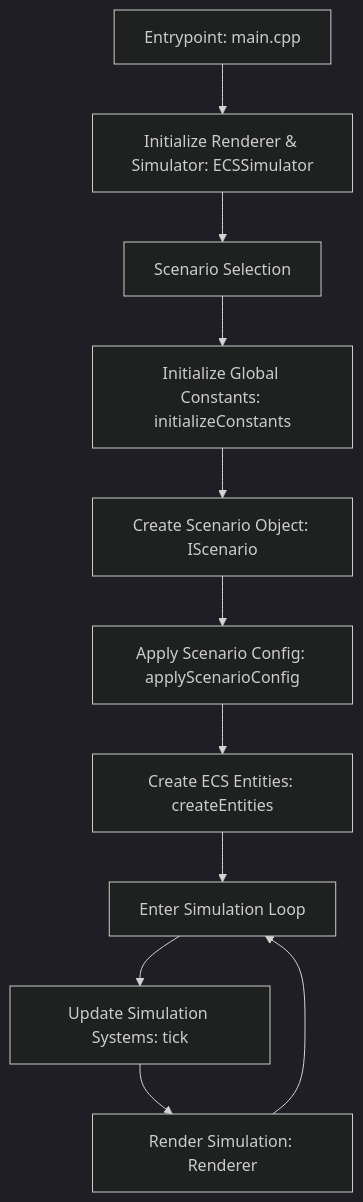
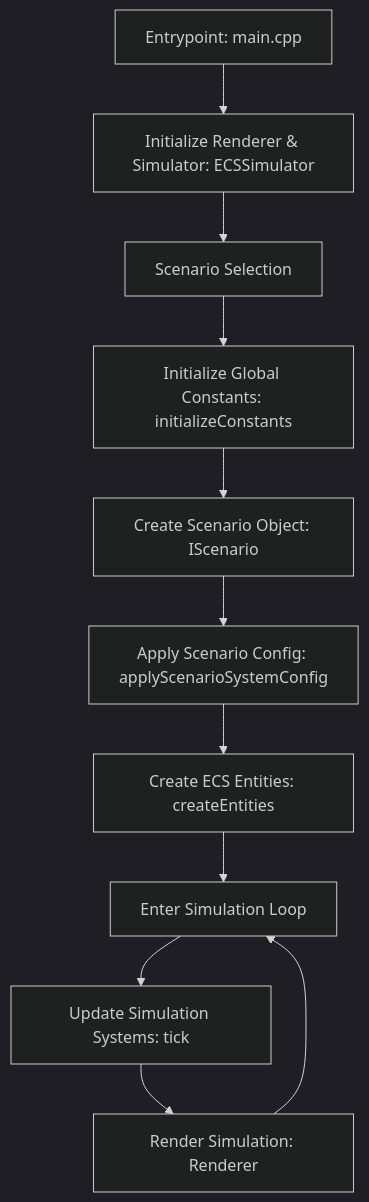
One commit to sean-peters-au/little-physics-engine changed the diagram in docs/execution-flow.md. Above: the diagram before and after it, drawn with Mermaid (dark theme). The commit also changed 31 other files, not shown here.

````diff
--- a/docs/execution-flow.md
+++ b/docs/execution-flow.md
@@ -9,24 +9,24 @@
 ```mermaid
 flowchart TD
     A["Entrypoint: main.cpp"]
     B["Initialize Renderer & Simulator: ECSSimulator"]
     C["Scenario Selection"]
     D["Initialize Global Constants: initializeConstants"]
     E["Create Scenario Object: IScenario"]
-    F["Apply Scenario Config: applyScenarioConfig"]
+    F["Apply Scenario Config: applyScenarioSystemConfig"]
     G["Create ECS Entities: createEntities"]
     H["Enter Simulation Loop"]
     I["Update Simulation Systems: tick"]
     J["Render Simulation: Renderer"]
 
     A --> B
     B --> C
     C --> D
     D --> E
     E --> F
     F --> G
     G --> H
     H --> I
     I --> J
     J --> H
 ```
````
